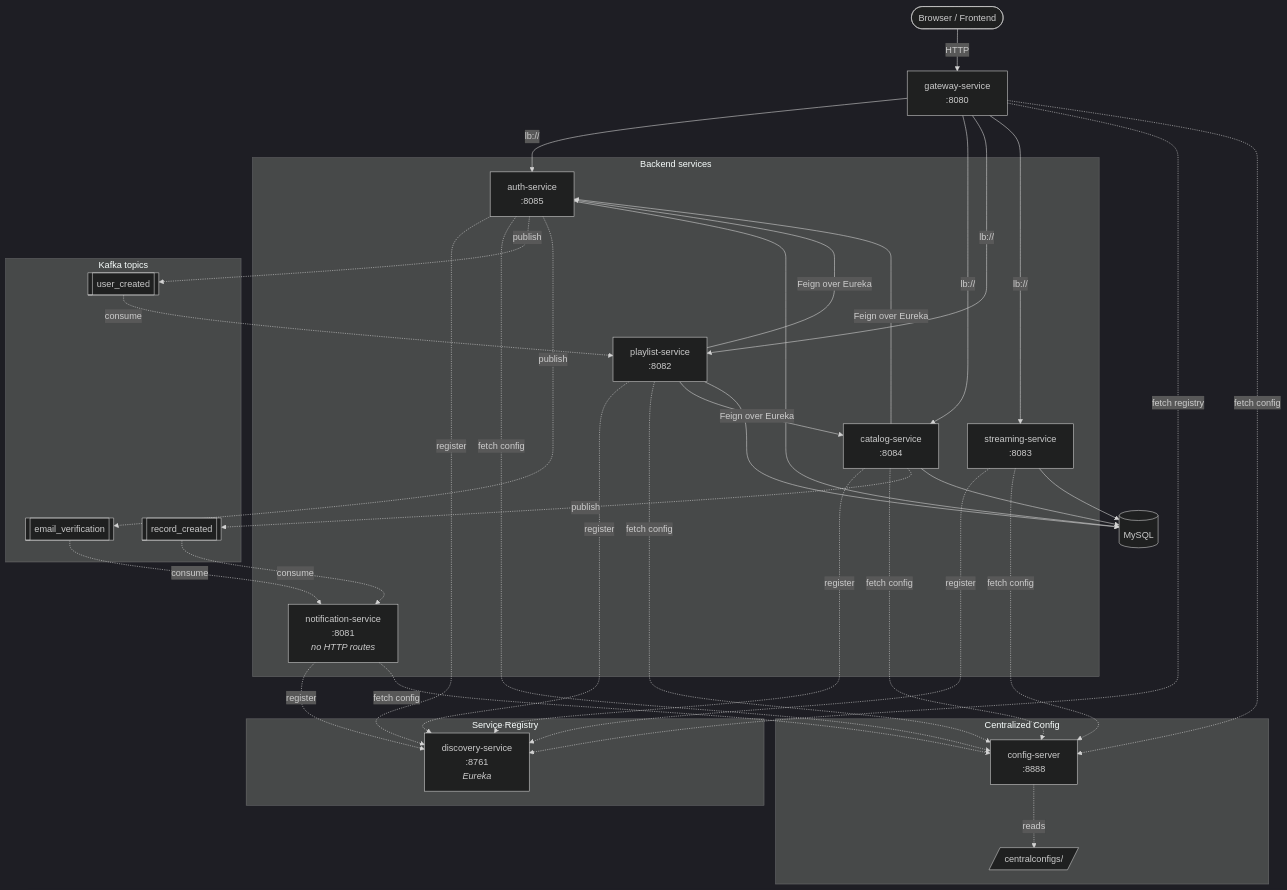
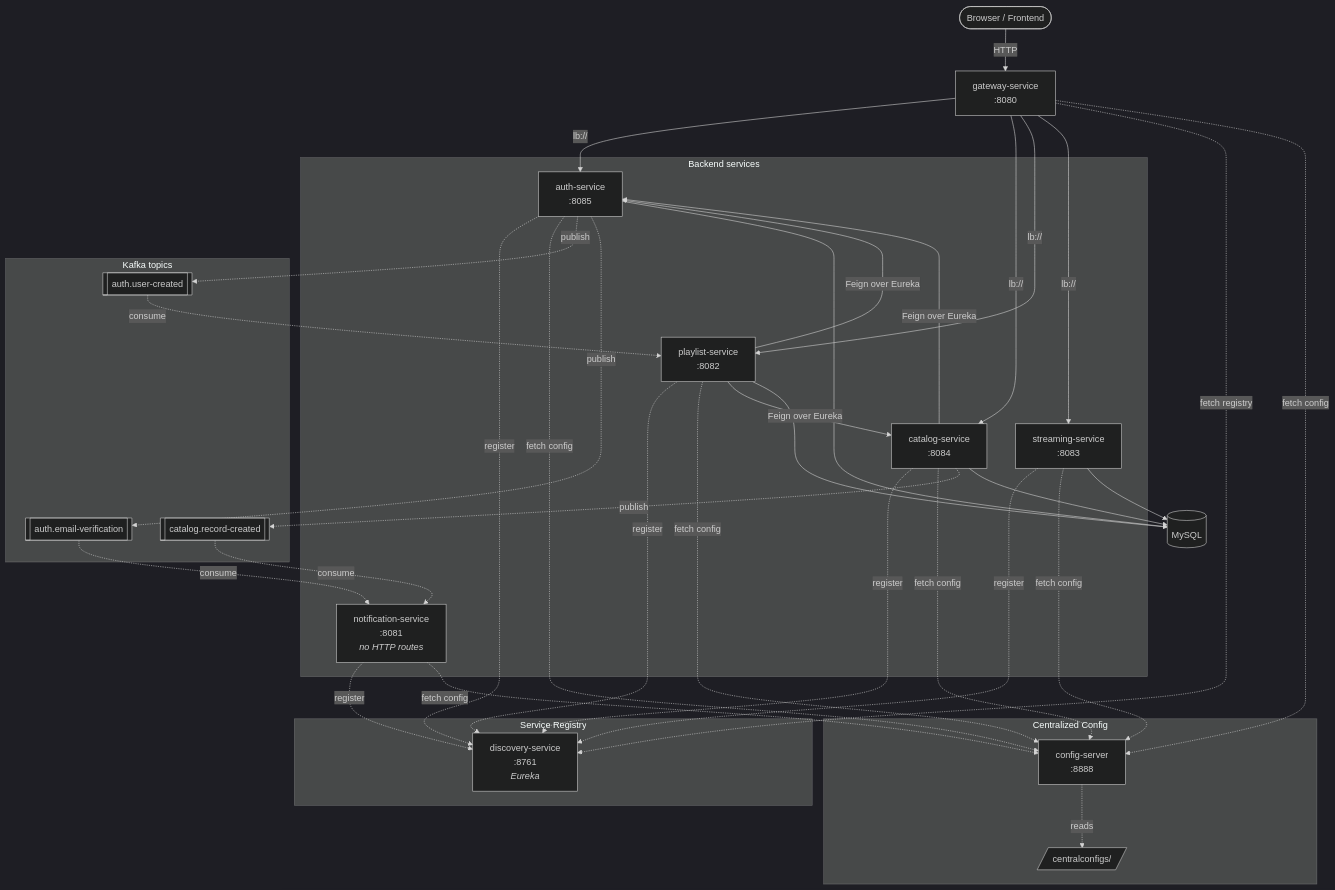
The first of 4 diagrams in README.md (harshithrao07/cadence), drawn with Mermaid (dark theme) before and after one commit. The commit also changed other lines of this file and 58 other files, not shown here.

````diff
--- a/README.md
+++ b/README.md
@@ -94,66 +94,66 @@
 ```mermaid
 flowchart TB
     client([Browser / Frontend])
 
     client -->|HTTP| gateway[gateway-service<br/>:8080]
 
     subgraph SR[Service Registry]
         eureka[discovery-service<br/>:8761<br/><i>Eureka</i>]
     end
 
     subgraph CFG[Centralized Config]
         cfgsrv[config-server<br/>:8888]
         repo[/centralconfigs//]
         cfgsrv -.reads.-> repo
     end
 
     subgraph BE[Backend services]
         auth[auth-service<br/>:8085]
         catalog[catalog-service<br/>:8084]
         playlist[playlist-service<br/>:8082]
         streaming[streaming-service<br/>:8083]
         notif[notification-service<br/>:8081<br/><i>no HTTP routes</i>]
     end
 
     gateway -->|lb://| auth
     gateway -->|lb://| catalog
     gateway -->|lb://| playlist
     gateway -->|lb://| streaming
 
     auth -.register.-> eureka
     catalog -.register.-> eureka
     playlist -.register.-> eureka
     streaming -.register.-> eureka
     notif -.register.-> eureka
     gateway -.fetch registry.-> eureka
 
     auth -.fetch config.-> cfgsrv
     catalog -.fetch config.-> cfgsrv
     playlist -.fetch config.-> cfgsrv
     streaming -.fetch config.-> cfgsrv
     notif -.fetch config.-> cfgsrv
     gateway -.fetch config.-> cfgsrv
 
     subgraph KAFKA[Kafka topics]
-        userCreated[[user_created]]
-        emailVerif[[email_verification]]
-        recordCreated[[record_created]]
+        userCreated[[auth.user-created]]
+        emailVerif[[auth.email-verification]]
+        recordCreated[[catalog.record-created]]
     end
 
     auth -.publish.-> userCreated
     auth -.publish.-> emailVerif
     catalog -.publish.-> recordCreated
 
     userCreated -.consume.-> playlist
     emailVerif -.consume.-> notif
     recordCreated -.consume.-> notif
 
     catalog -->|Feign over Eureka| auth
     playlist -->|Feign over Eureka| auth
     playlist -->|Feign over Eureka| catalog
 
     auth --> mysql[(MySQL)]
     catalog --> mysql
     playlist --> mysql
     streaming --> mysql
 ```
````
